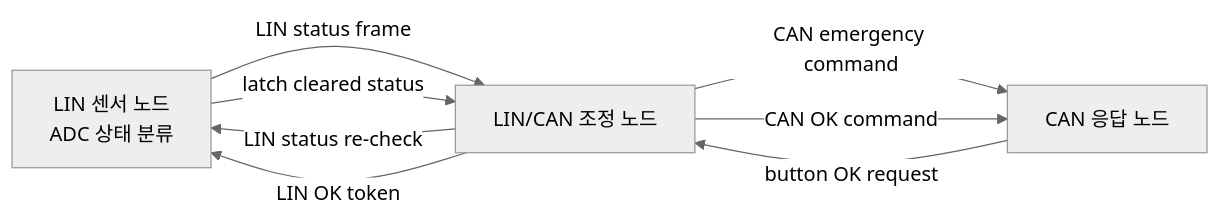
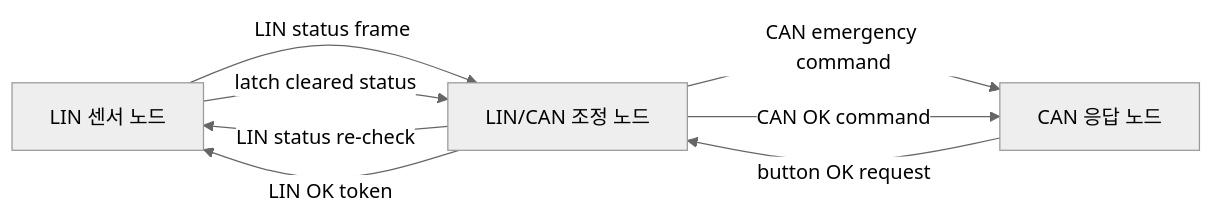
Before and after one commit to leejh63/s32k-lin-can-rtos-demo: the first of 2 diagrams in README.md, drawn with Mermaid (neutral theme). The commit also changed other lines of this file, not shown here.

````diff
--- a/README.md
+++ b/README.md
@@ -29,10 +39,10 @@
 ```mermaid
 flowchart LR
-    Sensor["LIN 센서 노드<br/>ADC 상태 분류"] -->|"LIN status frame"| Master["LIN/CAN 조정 노드"]
+    Sensor["LIN 센서 노드"] -->|"LIN status frame"| Master["LIN/CAN 조정 노드"]
     Master -->|"CAN emergency command"| CanNode["CAN 응답 노드"]
     CanNode -->|"button OK request"| Master
     Master -->|"LIN status re-check"| Sensor
     Master -->|"LIN OK token"| Sensor
     Sensor -->|"latch cleared status"| Master
     Master -->|"CAN OK command"| CanNode
 ```
````
